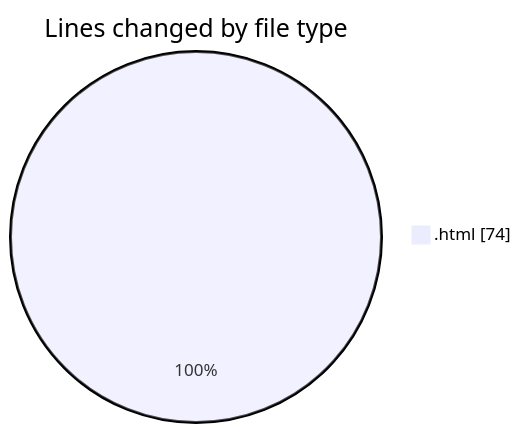
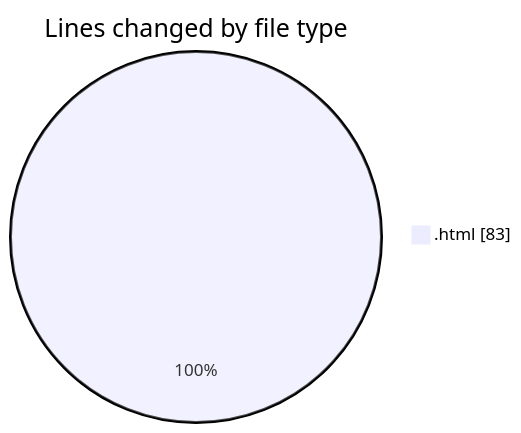
One commit to LanceThiago/code-tracking changed the first of 2 diagrams in 2025-01-09/nueva_carpeta/README.md. Above: the diagram before and after it, drawn with Mermaid. The commit also changed other lines of this file and 1 other file, not shown here.

````diff
--- a/2025-01-09/nueva_carpeta/README.md
+++ b/2025-01-09/nueva_carpeta/README.md
@@ -20,5 +20,5 @@
 ```mermaid
 pie showData
 title Lines changed by file type
-".html" : 74
+".html" : 83
 ```
````
